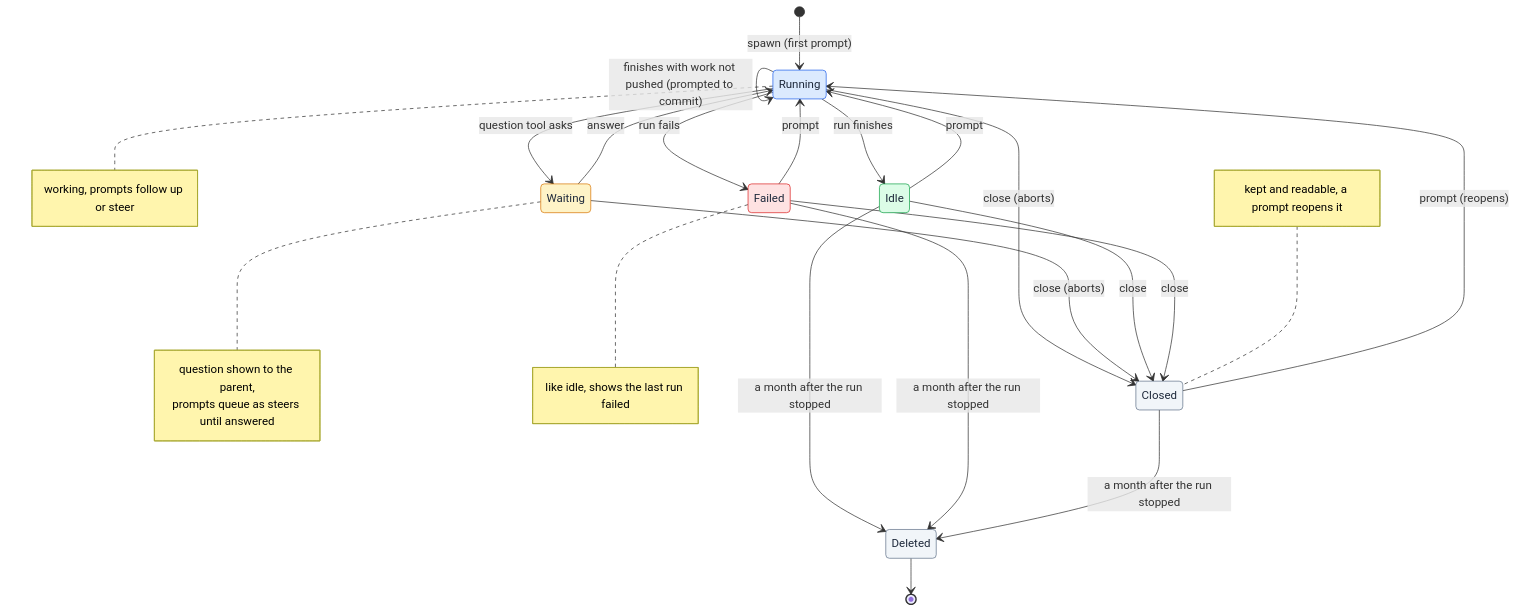
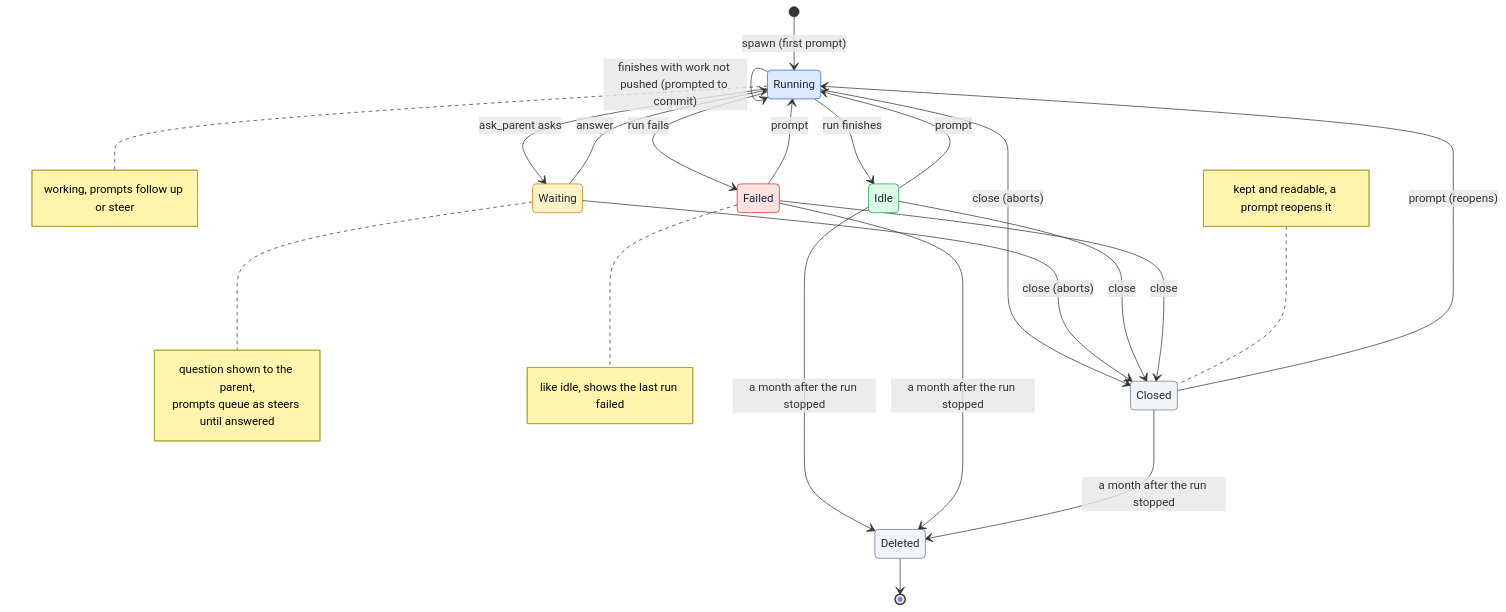
Before and after one commit to asermax/tentacles: the second of 3 diagrams in docs/technical-design/sessions.md, drawn with Mermaid. The commit also changed other lines of this file and 5 other files, not shown here.

````diff
--- a/docs/technical-design/sessions.md
+++ b/docs/technical-design/sessions.md
@@ -71,36 +72,36 @@
 ```mermaid
 stateDiagram-v2
     [*] --> Running : spawn (first prompt)
     Running --> Idle : run finishes
     Running --> Running : finishes with work not pushed (prompted to commit)
-    Running --> Waiting : question tool asks
+    Running --> Waiting : ask_parent asks
     Waiting --> Running : answer
     Running --> Failed : run fails
     Idle --> Running : prompt
     Failed --> Running : prompt
     Closed --> Running : prompt (reopens)
     Running --> Closed : close (aborts)
     Waiting --> Closed : close (aborts)
     Idle --> Closed : close
     Failed --> Closed : close
     Idle --> Deleted : a month after the run stopped
     Failed --> Deleted : a month after the run stopped
     Closed --> Deleted : a month after the run stopped
     Deleted --> [*]
 
     note right of Running : working, prompts follow up or steer
     note right of Waiting : question shown to the parent,<br/>prompts queue as steers until answered
     note right of Failed : like idle, shows the last run failed
     note left of Closed : kept and readable, a prompt reopens it
 
     classDef working fill:#dbeafe,stroke:#2563eb,color:#1e293b
     classDef waiting fill:#fef3c7,stroke:#d97706,color:#1e293b
     classDef done fill:#dcfce7,stroke:#16a34a,color:#1e293b
     classDef failed fill:#fee2e2,stroke:#dc2626,color:#1e293b
     classDef ended fill:#f1f5f9,stroke:#64748b,color:#1e293b
     class Running working
     class Waiting waiting
     class Idle done
     class Failed failed
     class Closed,Deleted ended
 ```
````
